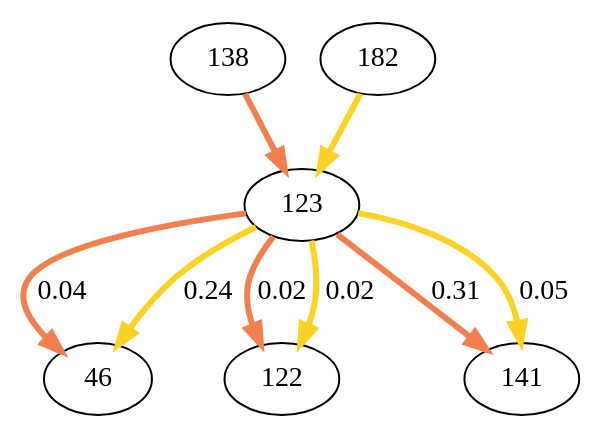
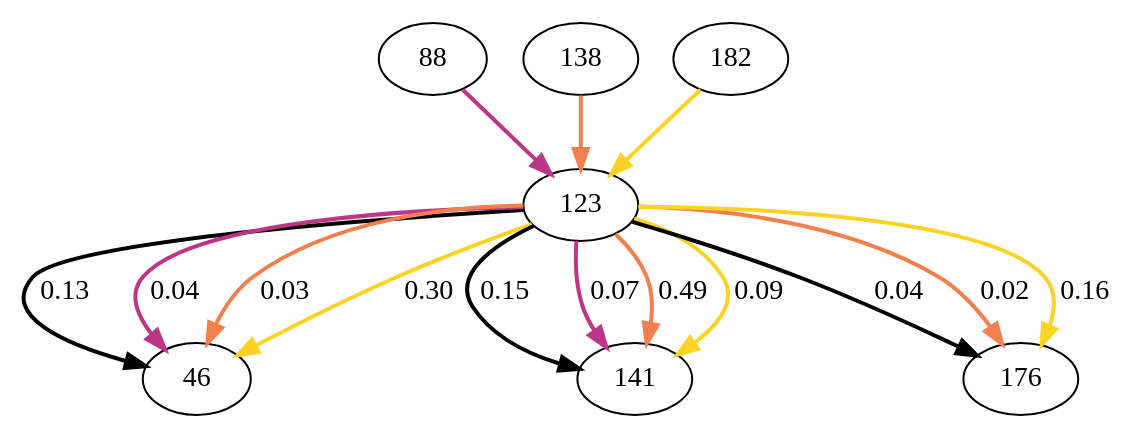
One commit to jonhyona/Potts_python_Ghislain changed the diagram in graph/my_graph123.dot. Above: the diagram before and after it, drawn with Graphviz. The commit also changed 54 other files, not shown here.

```diff
--- a/graph/my_graph123.dot
+++ b/graph/my_graph123.dot
@@ -1,16 +1,23 @@
 digraph  {
-138;
+88;
 123;
 46;
+138;
 182;
-122;
 141;
-138 -> 123  [color="#f1804e", key=0, penwidth=3];
-123 -> 46  [color="#f1804e", key=0, label="0.04", penwidth=3];
-123 -> 46  [color="#fcd224", key=1, label="0.24", penwidth=3];
-123 -> 122  [color="#f1804e", key=0, label="0.02", penwidth=3];
-123 -> 122  [color="#fcd224", key=1, label="0.02", penwidth=3];
-123 -> 141  [color="#f1804e", key=0, label="0.31", penwidth=3];
-123 -> 141  [color="#fcd224", key=1, label="0.05", penwidth=3];
-182 -> 123  [color="#fcd224", key=0, penwidth=3];
+176;
+88 -> 123  [color="#bc3587", key=0, penwidth=2];
+123 -> 46  [color=black, key=0, label="0.13", penwidth=2];
+123 -> 46  [color="#bc3587", key=1, label="0.04", penwidth=2];
+123 -> 46  [color="#f1804e", key=2, label="0.03", penwidth=2];
+123 -> 46  [color="#fcd224", key=3, label="0.30", penwidth=2];
+123 -> 141  [color=black, key=0, label="0.15", penwidth=2];
+123 -> 141  [color="#bc3587", key=1, label="0.07", penwidth=2];
+123 -> 141  [color="#f1804e", key=2, label="0.49", penwidth=2];
+123 -> 141  [color="#fcd224", key=3, label="0.09", penwidth=2];
+123 -> 176  [color=black, key=0, label="0.04", penwidth=2];
+123 -> 176  [color="#f1804e", key=1, label="0.02", penwidth=2];
+123 -> 176  [color="#fcd224", key=2, label="0.16", penwidth=2];
+138 -> 123  [color="#f1804e", key=0, penwidth=2];
+182 -> 123  [color="#fcd224", key=0, penwidth=2];
 }
```
